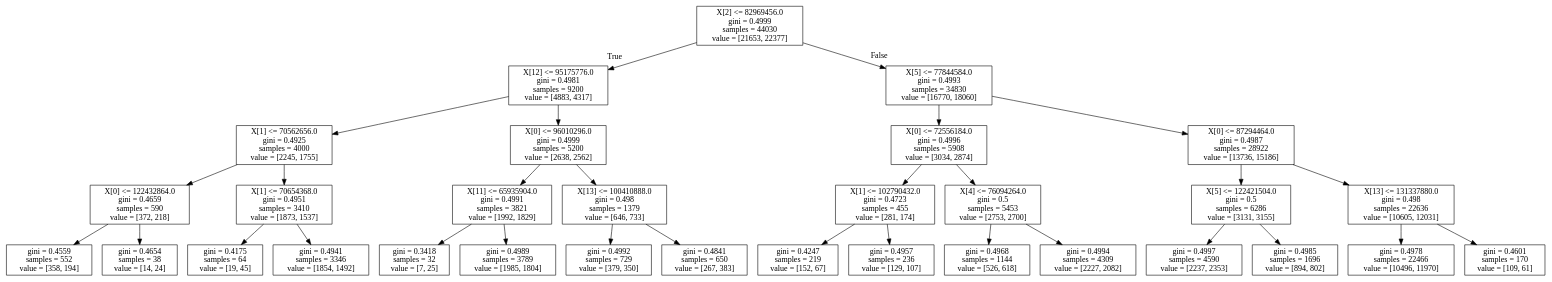
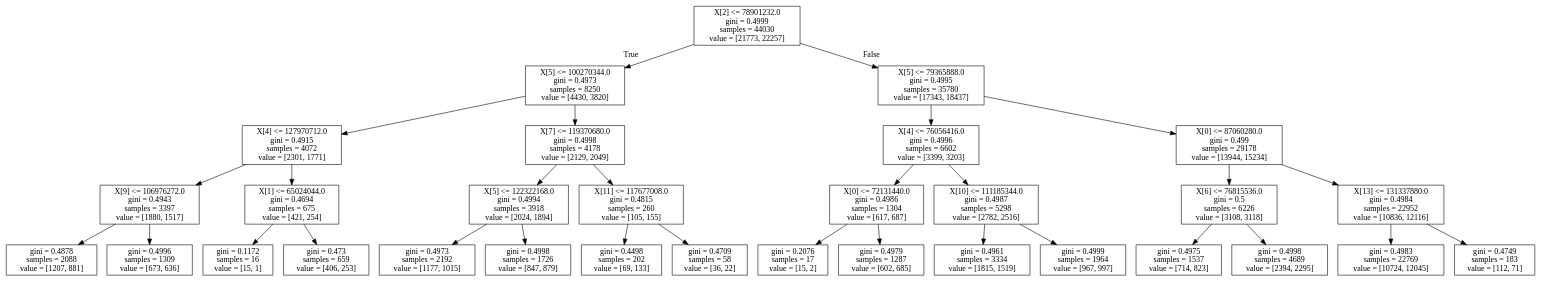
One commit to maupardh/Numerai changed the diagram in ClassificationTrees/singleClassifTreeWithDepth4.dot. Above: the diagram before and after it, drawn with Graphviz. The commit also changed 30 other files, not shown here.

```diff
--- a/ClassificationTrees/singleClassifTreeWithDepth4.dot
+++ b/ClassificationTrees/singleClassifTreeWithDepth4.dot
@@ -1,64 +1,64 @@
 digraph Tree {
 node [shape=box] ;
-0 [label="X[2] <= 82969456.0\ngini = 0.4999\nsamples = 44030\nvalue = [21653, 22377]"] ;
-1 [label="X[12] <= 95175776.0\ngini = 0.4981\nsamples = 9200\nvalue = [4883, 4317]"] ;
+0 [label="X[2] <= 78901232.0\ngini = 0.4999\nsamples = 44030\nvalue = [21773, 22257]"] ;
+1 [label="X[5] <= 100270344.0\ngini = 0.4973\nsamples = 8250\nvalue = [4430, 3820]"] ;
 0 -> 1 [labeldistance=2.5, labelangle=45, headlabel="True"] ;
-2 [label="X[1] <= 70562656.0\ngini = 0.4925\nsamples = 4000\nvalue = [2245, 1755]"] ;
+2 [label="X[4] <= 127970712.0\ngini = 0.4915\nsamples = 4072\nvalue = [2301, 1771]"] ;
 1 -> 2 ;
-3 [label="X[0] <= 122432864.0\ngini = 0.4659\nsamples = 590\nvalue = [372, 218]"] ;
+3 [label="X[9] <= 106976272.0\ngini = 0.4943\nsamples = 3397\nvalue = [1880, 1517]"] ;
 2 -> 3 ;
-4 [label="gini = 0.4559\nsamples = 552\nvalue = [358, 194]"] ;
+4 [label="gini = 0.4878\nsamples = 2088\nvalue = [1207, 881]"] ;
 3 -> 4 ;
-5 [label="gini = 0.4654\nsamples = 38\nvalue = [14, 24]"] ;
+5 [label="gini = 0.4996\nsamples = 1309\nvalue = [673, 636]"] ;
 3 -> 5 ;
-6 [label="X[1] <= 70654368.0\ngini = 0.4951\nsamples = 3410\nvalue = [1873, 1537]"] ;
+6 [label="X[1] <= 65024044.0\ngini = 0.4694\nsamples = 675\nvalue = [421, 254]"] ;
 2 -> 6 ;
-7 [label="gini = 0.4175\nsamples = 64\nvalue = [19, 45]"] ;
+7 [label="gini = 0.1172\nsamples = 16\nvalue = [15, 1]"] ;
 6 -> 7 ;
-8 [label="gini = 0.4941\nsamples = 3346\nvalue = [1854, 1492]"] ;
+8 [label="gini = 0.473\nsamples = 659\nvalue = [406, 253]"] ;
 6 -> 8 ;
-9 [label="X[0] <= 96010296.0\ngini = 0.4999\nsamples = 5200\nvalue = [2638, 2562]"] ;
+9 [label="X[7] <= 119370680.0\ngini = 0.4998\nsamples = 4178\nvalue = [2129, 2049]"] ;
 1 -> 9 ;
-10 [label="X[11] <= 65935904.0\ngini = 0.4991\nsamples = 3821\nvalue = [1992, 1829]"] ;
+10 [label="X[5] <= 122322168.0\ngini = 0.4994\nsamples = 3918\nvalue = [2024, 1894]"] ;
 9 -> 10 ;
-11 [label="gini = 0.3418\nsamples = 32\nvalue = [7, 25]"] ;
+11 [label="gini = 0.4973\nsamples = 2192\nvalue = [1177, 1015]"] ;
 10 -> 11 ;
-12 [label="gini = 0.4989\nsamples = 3789\nvalue = [1985, 1804]"] ;
+12 [label="gini = 0.4998\nsamples = 1726\nvalue = [847, 879]"] ;
 10 -> 12 ;
-13 [label="X[13] <= 100410888.0\ngini = 0.498\nsamples = 1379\nvalue = [646, 733]"] ;
+13 [label="X[11] <= 117677008.0\ngini = 0.4815\nsamples = 260\nvalue = [105, 155]"] ;
 9 -> 13 ;
-14 [label="gini = 0.4992\nsamples = 729\nvalue = [379, 350]"] ;
+14 [label="gini = 0.4498\nsamples = 202\nvalue = [69, 133]"] ;
 13 -> 14 ;
-15 [label="gini = 0.4841\nsamples = 650\nvalue = [267, 383]"] ;
+15 [label="gini = 0.4709\nsamples = 58\nvalue = [36, 22]"] ;
 13 -> 15 ;
-16 [label="X[5] <= 77844584.0\ngini = 0.4993\nsamples = 34830\nvalue = [16770, 18060]"] ;
+16 [label="X[5] <= 79365888.0\ngini = 0.4995\nsamples = 35780\nvalue = [17343, 18437]"] ;
 0 -> 16 [labeldistance=2.5, labelangle=-45, headlabel="False"] ;
-17 [label="X[0] <= 72556184.0\ngini = 0.4996\nsamples = 5908\nvalue = [3034, 2874]"] ;
+17 [label="X[4] <= 76056416.0\ngini = 0.4996\nsamples = 6602\nvalue = [3399, 3203]"] ;
 16 -> 17 ;
-18 [label="X[1] <= 102790432.0\ngini = 0.4723\nsamples = 455\nvalue = [281, 174]"] ;
+18 [label="X[0] <= 72131440.0\ngini = 0.4986\nsamples = 1304\nvalue = [617, 687]"] ;
 17 -> 18 ;
-19 [label="gini = 0.4247\nsamples = 219\nvalue = [152, 67]"] ;
+19 [label="gini = 0.2076\nsamples = 17\nvalue = [15, 2]"] ;
 18 -> 19 ;
-20 [label="gini = 0.4957\nsamples = 236\nvalue = [129, 107]"] ;
+20 [label="gini = 0.4979\nsamples = 1287\nvalue = [602, 685]"] ;
 18 -> 20 ;
-21 [label="X[4] <= 76094264.0\ngini = 0.5\nsamples = 5453\nvalue = [2753, 2700]"] ;
+21 [label="X[10] <= 111185344.0\ngini = 0.4987\nsamples = 5298\nvalue = [2782, 2516]"] ;
 17 -> 21 ;
-22 [label="gini = 0.4968\nsamples = 1144\nvalue = [526, 618]"] ;
+22 [label="gini = 0.4961\nsamples = 3334\nvalue = [1815, 1519]"] ;
 21 -> 22 ;
-23 [label="gini = 0.4994\nsamples = 4309\nvalue = [2227, 2082]"] ;
+23 [label="gini = 0.4999\nsamples = 1964\nvalue = [967, 997]"] ;
 21 -> 23 ;
-24 [label="X[0] <= 87294464.0\ngini = 0.4987\nsamples = 28922\nvalue = [13736, 15186]"] ;
+24 [label="X[0] <= 87060280.0\ngini = 0.499\nsamples = 29178\nvalue = [13944, 15234]"] ;
 16 -> 24 ;
-25 [label="X[5] <= 122421504.0\ngini = 0.5\nsamples = 6286\nvalue = [3131, 3155]"] ;
+25 [label="X[6] <= 76815536.0\ngini = 0.5\nsamples = 6226\nvalue = [3108, 3118]"] ;
 24 -> 25 ;
-26 [label="gini = 0.4997\nsamples = 4590\nvalue = [2237, 2353]"] ;
+26 [label="gini = 0.4975\nsamples = 1537\nvalue = [714, 823]"] ;
 25 -> 26 ;
-27 [label="gini = 0.4985\nsamples = 1696\nvalue = [894, 802]"] ;
+27 [label="gini = 0.4998\nsamples = 4689\nvalue = [2394, 2295]"] ;
 25 -> 27 ;
-28 [label="X[13] <= 131337880.0\ngini = 0.498\nsamples = 22636\nvalue = [10605, 12031]"] ;
+28 [label="X[13] <= 131337880.0\ngini = 0.4984\nsamples = 22952\nvalue = [10836, 12116]"] ;
 24 -> 28 ;
-29 [label="gini = 0.4978\nsamples = 22466\nvalue = [10496, 11970]"] ;
+29 [label="gini = 0.4983\nsamples = 22769\nvalue = [10724, 12045]"] ;
 28 -> 29 ;
-30 [label="gini = 0.4601\nsamples = 170\nvalue = [109, 61]"] ;
+30 [label="gini = 0.4749\nsamples = 183\nvalue = [112, 71]"] ;
 28 -> 30 ;
 }
```
